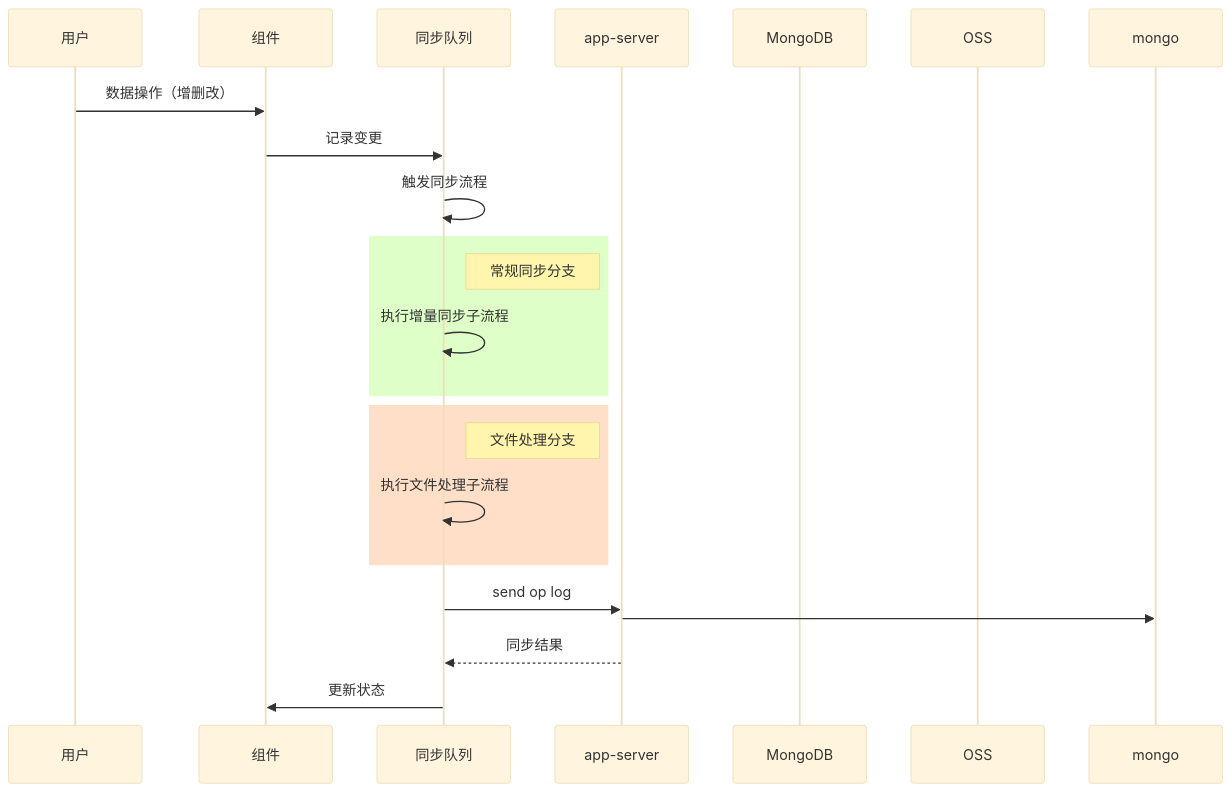
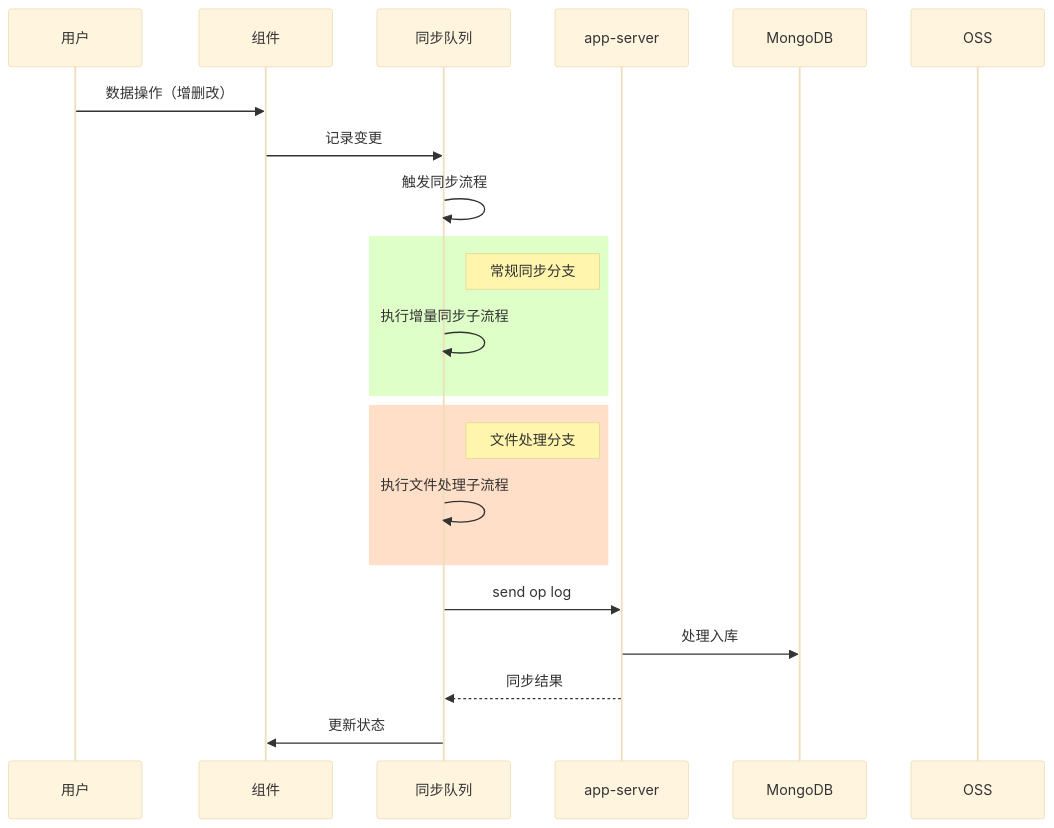
One commit to yingjianzh/iodraw-files changed the diagram in all/未命名-24.md. Above: the diagram before and after it, drawn with Mermaid (base theme).

Commit message:
2025-02-24 16:21:58 update

````diff
--- a/all/未命名-24.md
+++ b/all/未命名-24.md
@@ -1,33 +1,33 @@
 ```mermaid
 
 sequenceDiagram
     participant 用户
     participant 组件
     participant 同步队列
     participant app-server
     participant MongoDB
     participant OSS
 
 
     用户->>组件: 数据操作（增删改）
     组件->>同步队列: 记录变更
     同步队列->>同步队列: 触发同步流程
 
 
     rect rgb(223,255,200)
     Note right of 同步队列: 常规同步分支
     同步队列->>同步队列: 执行增量同步子流程
     end
 
     rect rgb(255,223,200)
     Note right of 同步队列: 文件处理分支
     同步队列->>同步队列: 执行文件处理子流程
     end
     
     同步队列->>app-server: send op log
-    app-server->>mongo: 
+    app-server->>MongoDB: 处理入库
 
     app-server-->>同步队列: 同步结果
     同步队列->>组件: 更新状态
 
 ```
````
